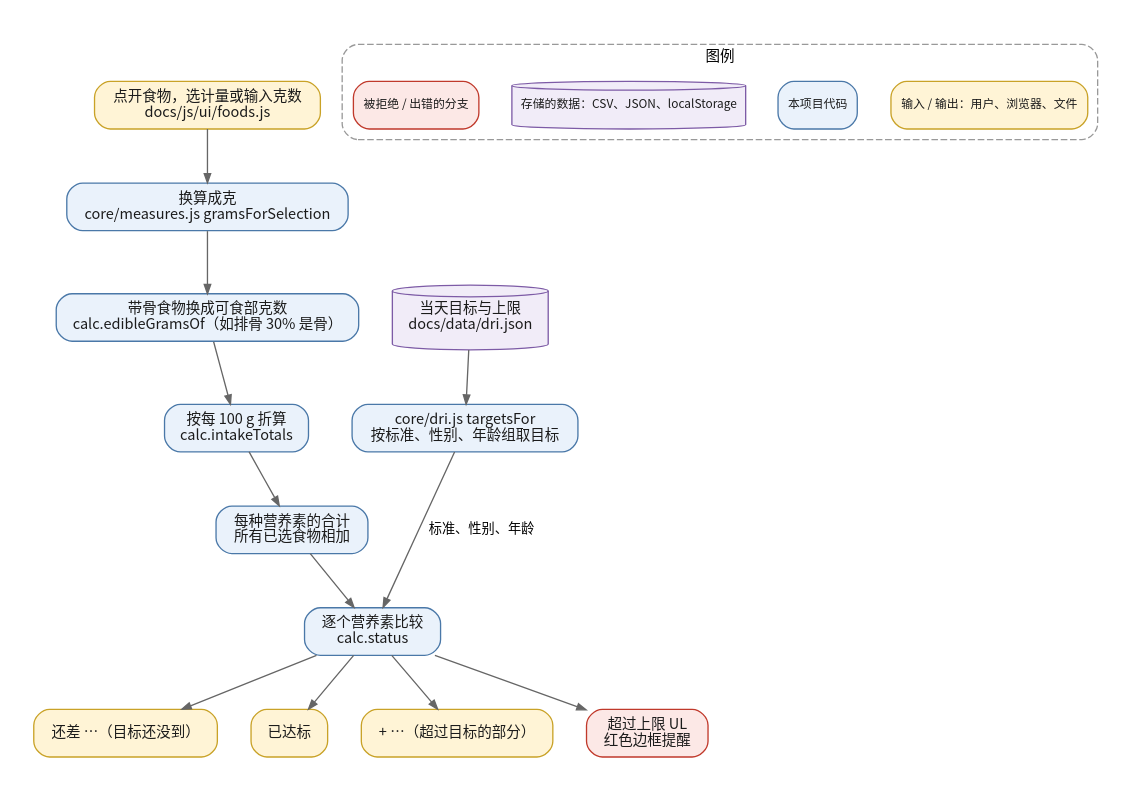
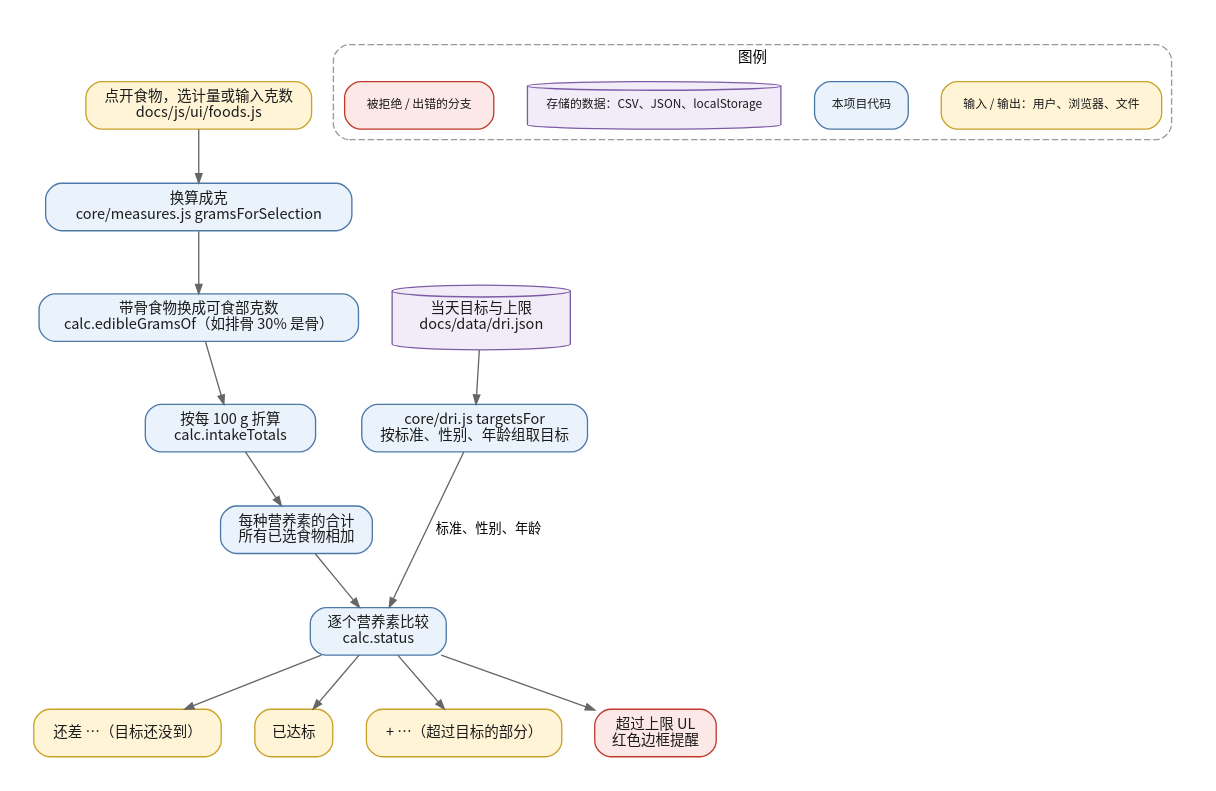
Before and after one commit to hairrrrr/micronutrients-tracker: the diagram in documentation/diagrams/intake.dot, drawn with Graphviz. The commit also changed 15 other files, not shown here.

```diff
--- a/documentation/diagrams/intake.dot
+++ b/documentation/diagrams/intake.dot
@@ -1,48 +1,48 @@
 // intake.dot - generated by documentation/diagrams/build.mjs.
 // Edit the script, then run: npm run docs:diagrams
 digraph intake {
   graph [rankdir=TB, compound=true, fontname="Noto Sans CJK SC", fontsize=12,
          bgcolor="white", pad="0.25", nodesep="0.35", ranksep="0.55"];
   node [fontname="Noto Sans CJK SC", fontsize=11, margin="0.16,0.09"];
   edge [fontname="Noto Sans CJK SC", fontsize=10, arrowsize=0.7];
 
-  pick [label="点开食物，选计量或输入克数\ndocs/js/ui/foods.js", fillcolor="#FFF4D6", color="#C9A227", fontcolor="#1B1B1B", shape=box, style="rounded,filled"];
-  grams [label="换算成克\ncore/measures.js gramsForSelection", fillcolor="#EAF2FB", color="#4A78A8", fontcolor="#1B1B1B", shape=box, style="rounded,filled"];
-  edible [label="带骨食物换成可食部克数\ncalc.edibleGramsOf（如排骨 30% 是骨）", fillcolor="#EAF2FB", color="#4A78A8", fontcolor="#1B1B1B", shape=box, style="rounded,filled"];
-  per100 [label="按每 100 g 折算\ncalc.intakeTotals", fillcolor="#EAF2FB", color="#4A78A8", fontcolor="#1B1B1B", shape=box, style="rounded,filled"];
-  totals [label="每种营养素的合计\n所有已选食物相加", fillcolor="#EAF2FB", color="#4A78A8", fontcolor="#1B1B1B", shape=box, style="rounded,filled"];
-  compare [label="逐个营养素比较\ncalc.status", fillcolor="#EAF2FB", color="#4A78A8", fontcolor="#1B1B1B", shape=box, style="rounded,filled"];
-  dri [label="当天目标与上限\ndocs/data/dri.json", fillcolor="#F1ECF8", color="#7D5BA6", fontcolor="#1B1B1B", shape=cylinder, style="filled"];
-  dri_js [label="core/dri.js targetsFor\n按标准、性别、年龄组取目标", fillcolor="#EAF2FB", color="#4A78A8", fontcolor="#1B1B1B", shape=box, style="rounded,filled"];
-  remain [label="还差 …（目标还没到）", fillcolor="#FFF4D6", color="#C9A227", fontcolor="#1B1B1B", shape=box, style="rounded,filled"];
-  met [label="已达标", fillcolor="#FFF4D6", color="#C9A227", fontcolor="#1B1B1B", shape=box, style="rounded,filled"];
-  surplus [label="+ …（超过目标的部分）", fillcolor="#FFF4D6", color="#C9A227", fontcolor="#1B1B1B", shape=box, style="rounded,filled"];
-  ul [label="超过上限 UL\n红色边框提醒", fillcolor="#FCE8E6", color="#C0392B", fontcolor="#1B1B1B", shape=box, style="rounded,filled"];
+  pick [label="点开食物，选计量或输入克数\ndocs/js/ui/foods.js", fillcolor="#FFF4D6", color="#C9A227", fontcolor="#1B1B1B", shape=box, width=2.35, fixedsize=false, style="rounded,filled"];
+  grams [label="换算成克\ncore/measures.js gramsForSelection", fillcolor="#EAF2FB", color="#4A78A8", fontcolor="#1B1B1B", shape=box, width=3.22, fixedsize=false, style="rounded,filled"];
+  edible [label="带骨食物换成可食部克数\ncalc.edibleGramsOf（如排骨 30% 是骨）", fillcolor="#EAF2FB", color="#4A78A8", fontcolor="#1B1B1B", shape=box, width=3.36, fixedsize=false, style="rounded,filled"];
+  per100 [label="按每 100 g 折算\ncalc.intakeTotals", fillcolor="#EAF2FB", color="#4A78A8", fontcolor="#1B1B1B", shape=box, width=1.79, fixedsize=false, style="rounded,filled"];
+  totals [label="每种营养素的合计\n所有已选食物相加", fillcolor="#EAF2FB", color="#4A78A8", fontcolor="#1B1B1B", shape=box, width=1.58, fixedsize=false, style="rounded,filled"];
+  compare [label="逐个营养素比较\ncalc.status", fillcolor="#EAF2FB", color="#4A78A8", fontcolor="#1B1B1B", shape=box, width=1.43, fixedsize=false, style="rounded,filled"];
+  dri [label="当天目标与上限\ndocs/data/dri.json", fillcolor="#F1ECF8", color="#7D5BA6", fontcolor="#1B1B1B", shape=cylinder, width=1.87, fixedsize=false, style="filled"];
+  dri_js [label="core/dri.js targetsFor\n按标准、性别、年龄组取目标", fillcolor="#EAF2FB", color="#4A78A8", fontcolor="#1B1B1B", shape=box, width=2.35, fixedsize=false, style="rounded,filled"];
+  remain [label="还差 …（目标还没到）", fillcolor="#FFF4D6", color="#C9A227", fontcolor="#1B1B1B", shape=box, width=1.97, fixedsize=false, style="rounded,filled"];
+  met [label="已达标", fillcolor="#FFF4D6", color="#C9A227", fontcolor="#1B1B1B", shape=box, width=0.82, fixedsize=false, style="rounded,filled"];
+  surplus [label="+ …（超过目标的部分）", fillcolor="#FFF4D6", color="#C9A227", fontcolor="#1B1B1B", shape=box, width=2.06, fixedsize=false, style="rounded,filled"];
+  ul [label="超过上限 UL\n红色边框提醒", fillcolor="#FCE8E6", color="#C0392B", fontcolor="#1B1B1B", shape=box, width=1.28, fixedsize=false, style="rounded,filled"];
     { rank=same; edible; dri; }
     { rank=same; per100; dri_js; }
     { rank=same; remain; met; surplus; ul; }
 
   pick -> grams [color="#666666"];
   grams -> edible [color="#666666"];
   edible -> per100 [color="#666666"];
   per100 -> totals [color="#666666"];
   totals -> compare [color="#666666"];
   dri -> dri_js [color="#666666"];
   dri_js -> compare [color="#666666", label="标准、性别、年龄"];
   compare -> remain [color="#666666"];
   compare -> met [color="#666666"];
   compare -> surplus [color="#666666"];
   compare -> ul [color="#666666"];
   subgraph cluster_legend {
     label="图例";
     fontsize=11;
     style="rounded,dashed";
     color="#999999";
     node [fontname="Noto Sans CJK SC", margin="0.10,0.05"];
-    legend_input [label="输入 / 输出：用户、浏览器、文件", fillcolor="#FFF4D6", color="#C9A227", fontcolor="#1B1B1B", shape=box, style="rounded,filled", fontsize=9];
-    legend_code [label="本项目代码", fillcolor="#EAF2FB", color="#4A78A8", fontcolor="#1B1B1B", shape=box, style="rounded,filled", fontsize=9];
-    legend_stored [label="存储的数据：CSV、JSON、localStorage", fillcolor="#F1ECF8", color="#7D5BA6", fontcolor="#1B1B1B", shape=cylinder, style="filled", fontsize=9];
-    legend_error [label="被拒绝 / 出错的分支", fillcolor="#FCE8E6", color="#C0392B", fontcolor="#1B1B1B", shape=box, style="rounded,filled", fontsize=9];
+    legend_input [label="输入 / 输出：用户、浏览器、文件", fillcolor="#FFF4D6", color="#C9A227", fontcolor="#1B1B1B", shape=box, style="rounded,filled", fontsize=9, width=2.32, fixedsize=false];
+    legend_code [label="本项目代码", fillcolor="#EAF2FB", color="#4A78A8", fontcolor="#1B1B1B", shape=box, style="rounded,filled", fontsize=9, width=0.98, fixedsize=false];
+    legend_stored [label="存储的数据：CSV、JSON、localStorage", fillcolor="#F1ECF8", color="#7D5BA6", fontcolor="#1B1B1B", shape=cylinder, style="filled", fontsize=9, width=2.67, fixedsize=false];
+    legend_error [label="被拒绝 / 出错的分支", fillcolor="#FCE8E6", color="#C0392B", fontcolor="#1B1B1B", shape=box, style="rounded,filled", fontsize=9, width=1.57, fixedsize=false];
     { rank=same; legend_input; legend_code; legend_stored; legend_error; }
   }
 }
```
